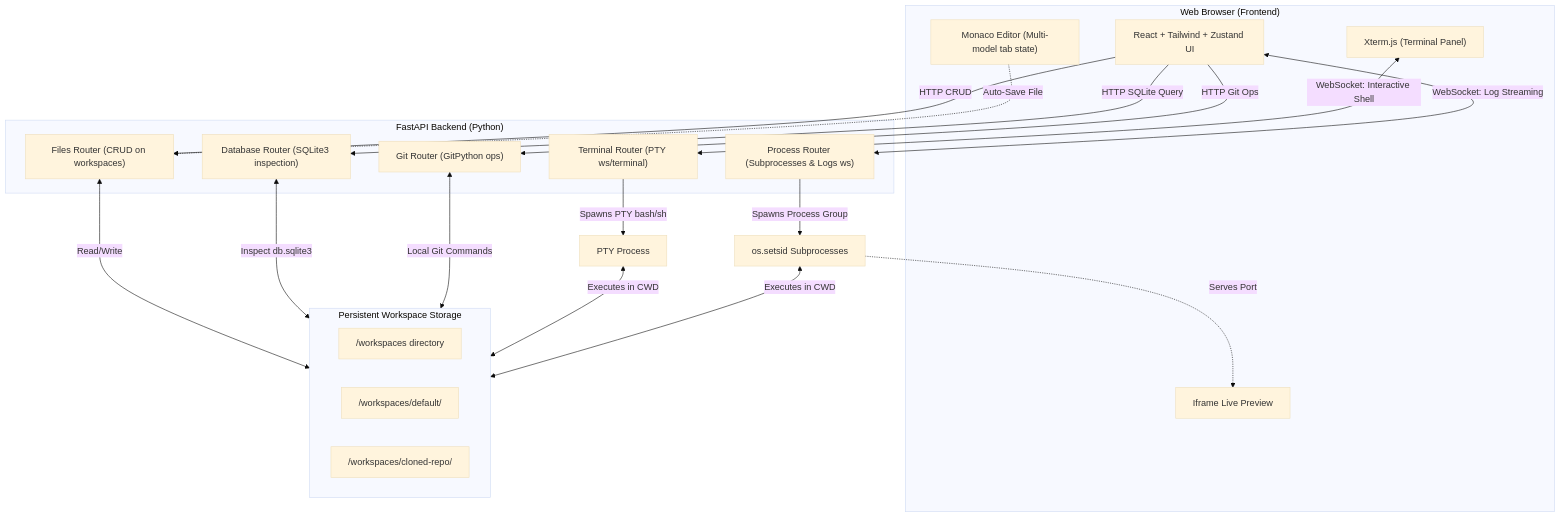
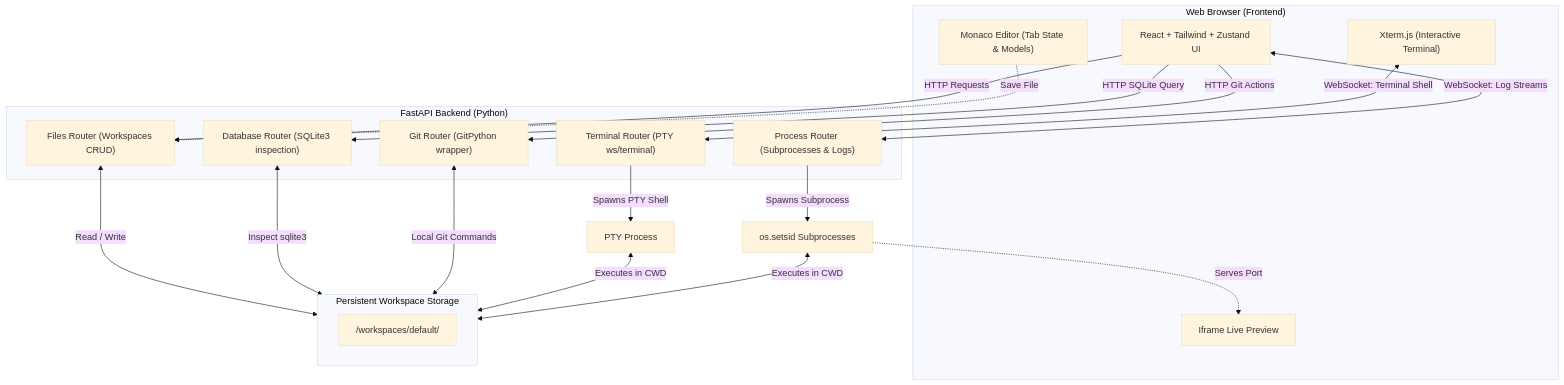
One commit to Athmeeya2006/CloudIDE changed the diagram in README.md. Above: the diagram before and after it, drawn with Mermaid (base theme). The commit also changed other lines of this file, not shown here.

````diff
--- a/README.md
+++ b/README.md
@@ -25,42 +20,40 @@
 ```mermaid
 graph TD
     subgraph Browser ["Web Browser (Frontend)"]
         UI["React + Tailwind + Zustand UI"]
-        Monaco["Monaco Editor (Multi-model tab state)"]
-        Xterm["Xterm.js (Terminal Panel)"]
+        Monaco["Monaco Editor (Tab State & Models)"]
+        Xterm["Xterm.js (Interactive Terminal)"]
         Preview["Iframe Live Preview"]
     end
 
     subgraph Backend ["FastAPI Backend (Python)"]
-        RouterFiles["Files Router (CRUD on workspaces)"]
+        RouterFiles["Files Router (Workspaces CRUD)"]
         RouterTerminal["Terminal Router (PTY ws/terminal)"]
-        RouterProc["Process Router (Subprocesses & Logs ws)"]
+        RouterProc["Process Router (Subprocesses & Logs)"]
         RouterDB["Database Router (SQLite3 inspection)"]
-        RouterGit["Git Router (GitPython ops)"]
+        RouterGit["Git Router (GitPython wrapper)"]
     end
 
     subgraph Storage ["Persistent Workspace Storage"]
-        Workspaces["/workspaces directory"]
-        DefaultWS["/workspaces/default/"]
-        ClonedWS["/workspaces/cloned-repo/"]
+        Workspace["/workspaces/default/"]
     end
 
-    UI -->|HTTP CRUD| RouterFiles
-    UI -->|HTTP Git Ops| RouterGit
+    UI -->|HTTP Requests| RouterFiles
+    UI -->|HTTP Git Actions| RouterGit
     UI -->|HTTP SQLite Query| RouterDB
     
-    Monaco -.->|Auto-Save File| RouterFiles
-    Xterm <-->|WebSocket: Interactive Shell| RouterTerminal
-    UI <-->|WebSocket: Log Streaming| RouterProc
+    Monaco -.->|Save File| RouterFiles
+    Xterm <-->|WebSocket: Terminal Shell| RouterTerminal
+    UI <-->|WebSocket: Log Streams| RouterProc
 
-    RouterTerminal -->|Spawns PTY bash/sh| PTY[PTY Process]
-    RouterProc -->|Spawns Process Group| ProcessGroup[os.setsid Subprocesses]
+    RouterTerminal -->|Spawns PTY Shell| PTY[PTY Process]
+    RouterProc -->|Spawns Subprocess| ProcessGroup[os.setsid Subprocesses]
 
-    RouterFiles <-->|Read/Write| Storage
-    RouterDB <-->|Inspect db.sqlite3| Storage
+    RouterFiles <-->|Read / Write| Storage
+    RouterDB <-->|Inspect sqlite3| Storage
     RouterGit <-->|Local Git Commands| Storage
     PTY <-->|Executes in CWD| Storage
     ProcessGroup <-->|Executes in CWD| Storage
 
     ProcessGroup -.->|Serves Port| Preview
 ```
````
